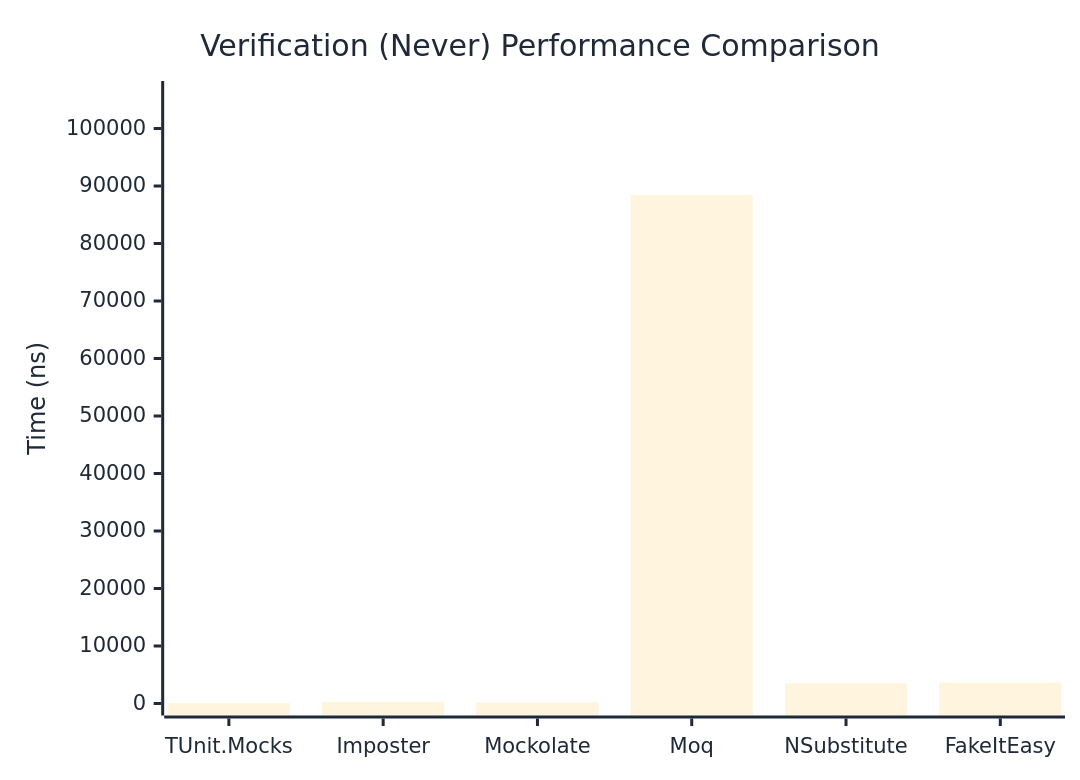
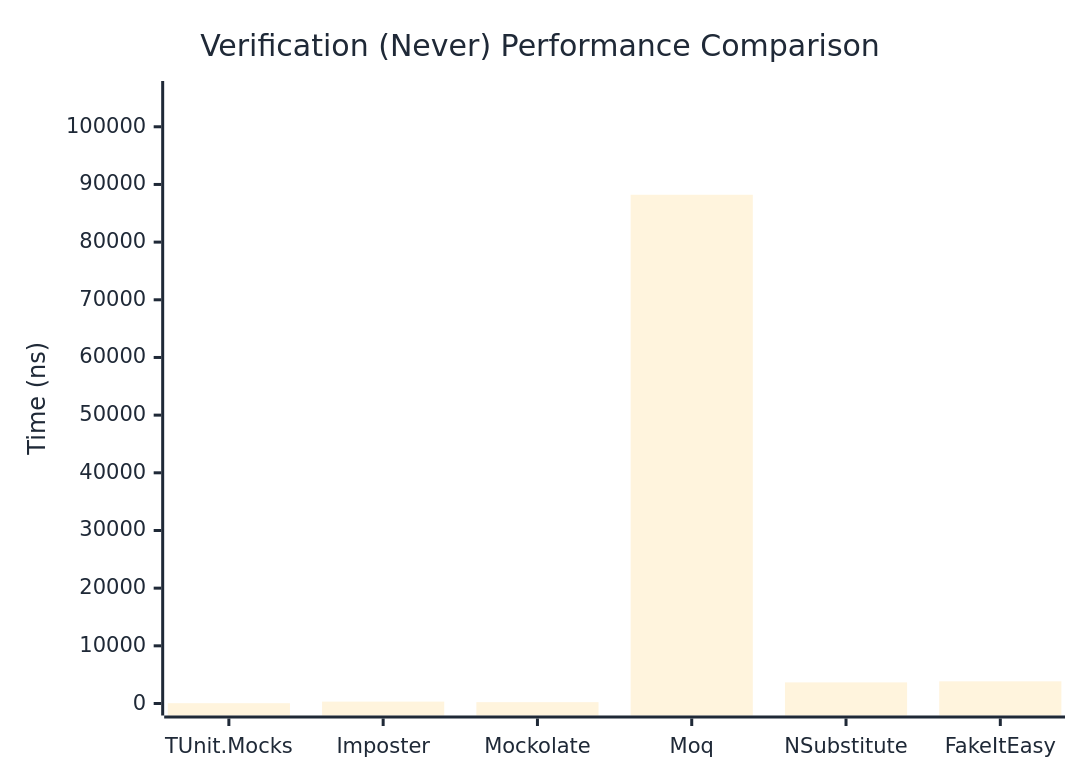
Before and after one commit to thomhurst/TUnit: the second of 3 diagrams in docs/docs/benchmarks/mocks/Verification.md, drawn with Mermaid. The commit also changed other lines of this file and 14 other files, not shown here.

````diff
--- a/docs/docs/benchmarks/mocks/Verification.md
+++ b/docs/docs/benchmarks/mocks/Verification.md
@@ -71,27 +71,27 @@
 ```mermaid
 %%{init: {
   'theme':'base',
   'themeVariables': {
     'primaryColor': '#2563eb',
     'primaryTextColor': '#1f2937',
     'primaryBorderColor': '#1e40af',
     'lineColor': '#6b7280',
     'secondaryColor': '#7c3aed',
     'tertiaryColor': '#dc2626',
     'background': '#ffffff',
     'pie1': '#2563eb',
     'pie2': '#7c3aed',
     'pie3': '#dc2626',
     'pie4': '#f59e0b',
     'pie5': '#10b981',
     'pie6': '#06b6d4',
     'pie7': '#ec4899',
     'pie8': '#6366f1'
   }
 }}%%
 xychart-beta
   title "Verification (Never) Performance Comparison"
   x-axis ["TUnit.Mocks", "Imposter", "Mockolate", "Moq", "NSubstitute", "FakeItEasy"]
-  y-axis "Time (ns)" 0 --> 106176
-  bar [51.2, 313.08, 220.88, 88479.87, 3499.26, 3644.64]
+  y-axis "Time (ns)" 0 --> 105856
+  bar [53.14, 324.76, 231.34, 88212.51, 3662.17, 3843.24]
 ```
````
